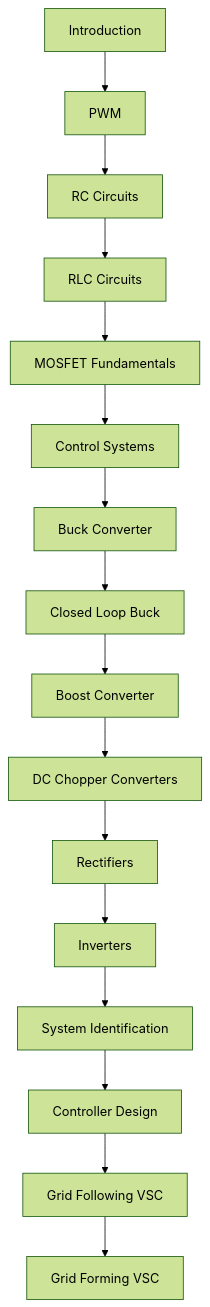
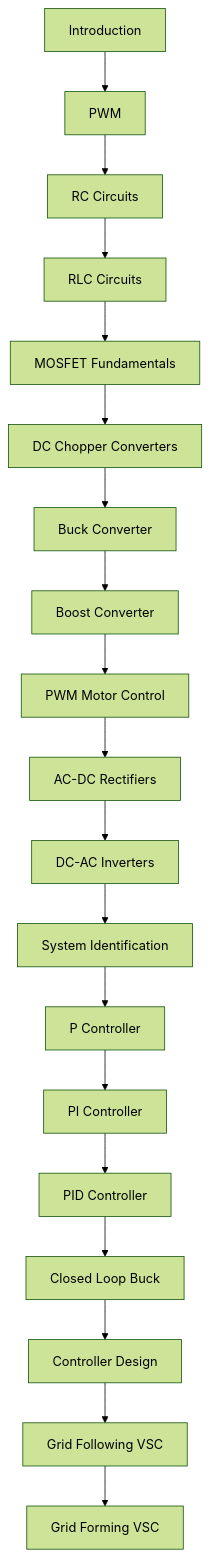
Before and after one commit to jaimetriv/power-electronics-and-control-training: the diagram in docs/index.md, drawn with Mermaid (forest theme). The commit also changed 16 other files, not shown here.

````diff
--- a/docs/index.md
+++ b/docs/index.md
@@ -37,34 +37,40 @@
 ```mermaid
 flowchart TD
 
 A[Introduction]
 --> B[PWM]
 
 B --> C[RC Circuits]
 
 C --> D[RLC Circuits]
 
 D --> E[MOSFET Fundamentals]
 
-E --> F[Control Systems]
+E --> F[DC Chopper Converters]
 
 F --> G[Buck Converter]
 
-G --> H[Closed Loop Buck]
+G --> H[Boost Converter]
 
-H --> I[Boost Converter]
+H --> I[PWM Motor Control]
 
-I --> J[DC Chopper Converters]
+I --> J[AC-DC Rectifiers]
 
-J --> K[Rectifiers]
+J --> K[DC-AC Inverters]
 
-K --> L[Inverters]
+K --> L[System Identification]
 
-L --> M[System Identification]
+L --> M[P Controller]
 
-M --> N[Controller Design]
+M --> N[PI Controller]
 
-N --> O[Grid Following VSC]
+N --> O[PID Controller]
 
-O --> P[Grid Forming VSC]
+O --> P[Closed Loop Buck]
+
+P --> Q[Controller Design]
+
+Q --> R[Grid Following VSC]
+
+R --> S[Grid Forming VSC]
 ```
````
